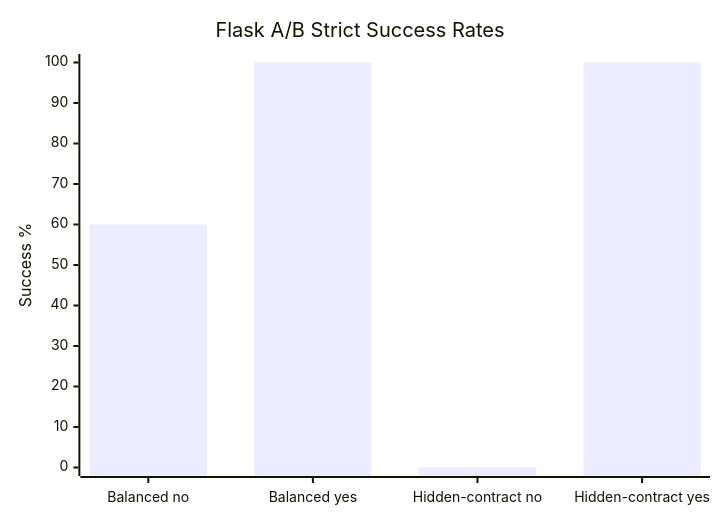
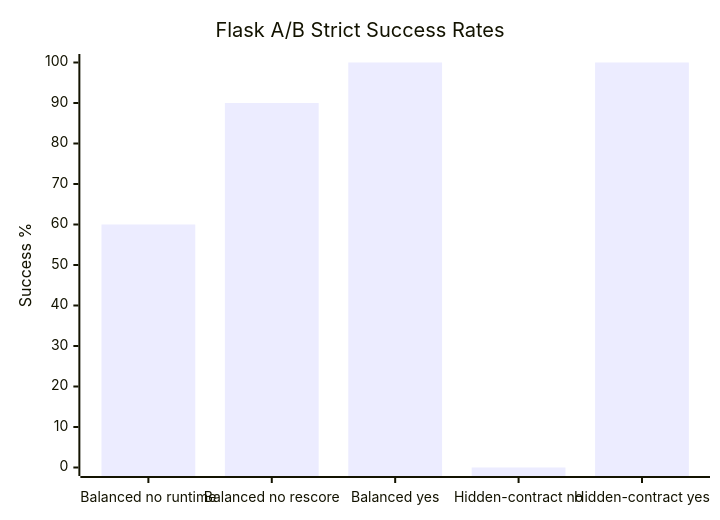
One commit to harnessworks/harness-agent-benchmark-runner changed the diagram in README.md. Above: the diagram before and after it, drawn with Mermaid. The commit also changed other lines of this file and 5 other files, not shown here.

````diff
--- a/README.md
+++ b/README.md
@@ -105,7 +108,7 @@
 ```mermaid
 xychart-beta
     title "Flask A/B Strict Success Rates"
-    x-axis ["Balanced no", "Balanced yes", "Hidden-contract no", "Hidden-contract yes"]
+    x-axis ["Balanced no runtime", "Balanced no rescore", "Balanced yes", "Hidden-contract no", "Hidden-contract yes"]
     y-axis "Success %" 0 --> 100
-    bar [60, 100, 0, 100]
+    bar [60, 90, 100, 0, 100]
 ```
````
